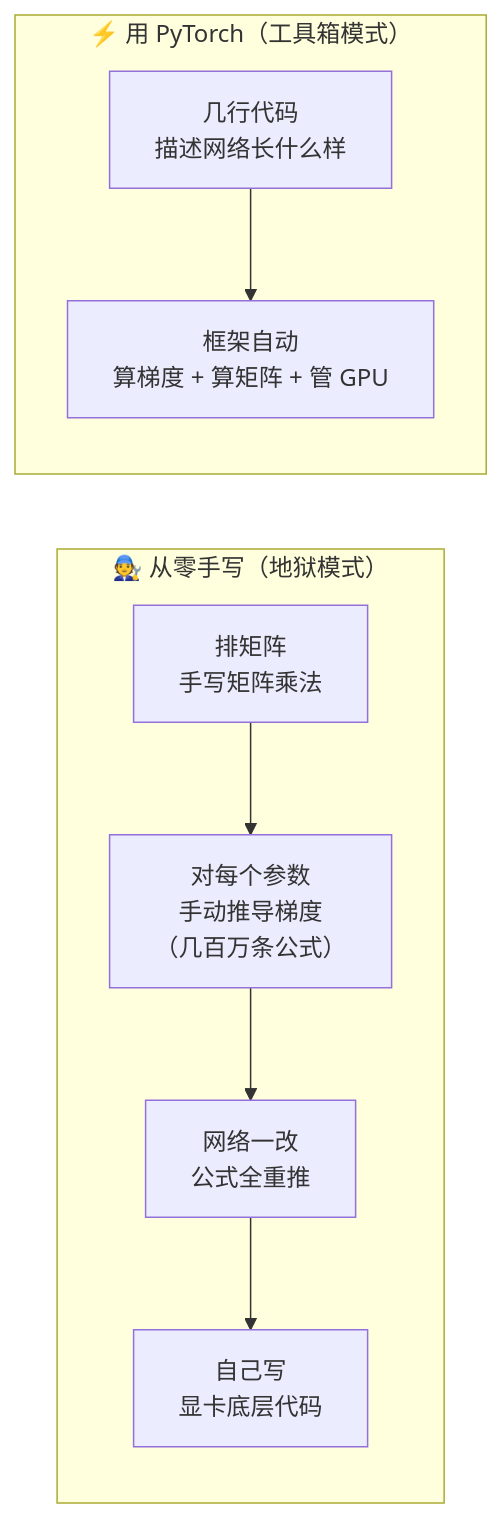
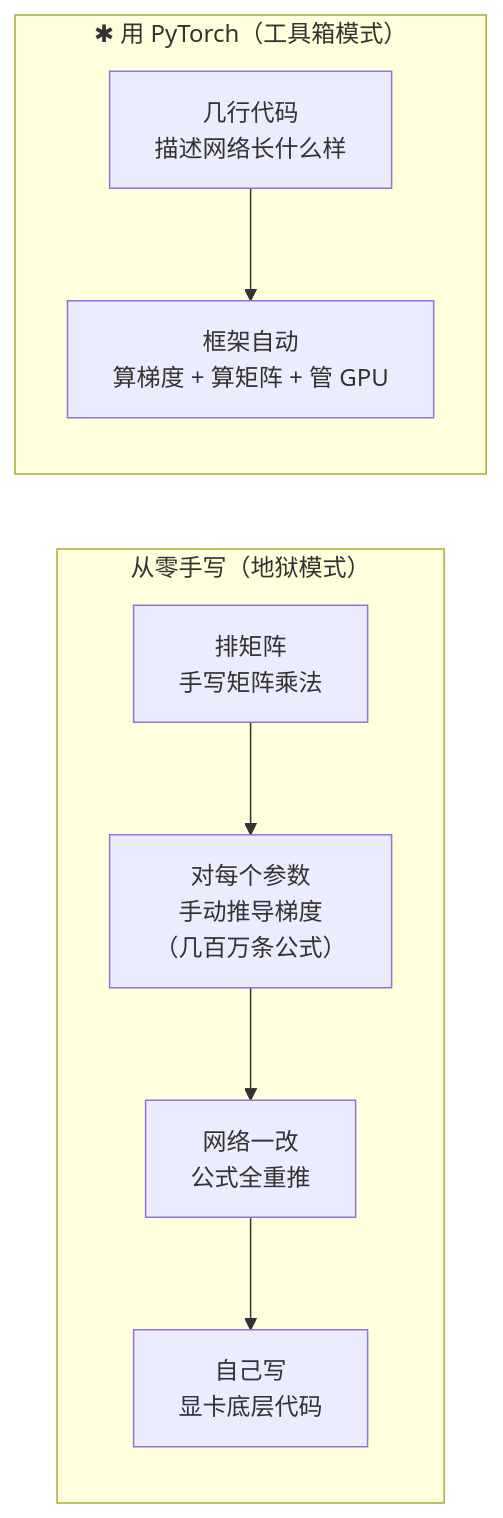
The first of 7 diagrams in docs/02_CONCEPTS_概念入门/CONCEPT/[CONCEPT-15] 什么是PyTorch-深度学习框架.md (luckykhy/KhyAiHub), drawn with Mermaid before and after one commit. The commit also changed other lines of this file and 19 other files, not shown here.

````diff
--- a/docs/02_CONCEPTS_概念入门/CONCEPT/[CONCEPT-15] 什么是PyTorch-深度学习框架.md
+++ b/docs/02_CONCEPTS_概念入门/CONCEPT/[CONCEPT-15] 什么是PyTorch-深度学习框架.md
@@ -41,11 +41,11 @@
 ```mermaid
 flowchart LR
-  subgraph 手写["🧑‍🔧 从零手写（地狱模式）"]
+  subgraph 手写["从零手写（地狱模式）"]
     A1["排矩阵<br/>手写矩阵乘法"] --> A2["对每个参数<br/>手动推导梯度<br/>（几百万条公式）"]
     A2 --> A3["网络一改<br/>公式全重推"]
     A3 --> A4["自己写<br/>显卡底层代码"]
   end
-  subgraph 框架["⚡ 用 PyTorch（工具箱模式）"]
+  subgraph 框架["✱ 用 PyTorch（工具箱模式）"]
     B1["几行代码<br/>描述网络长什么样"] --> B2["框架自动<br/>算梯度 + 算矩阵 + 管 GPU"]
   end
 ```
````
